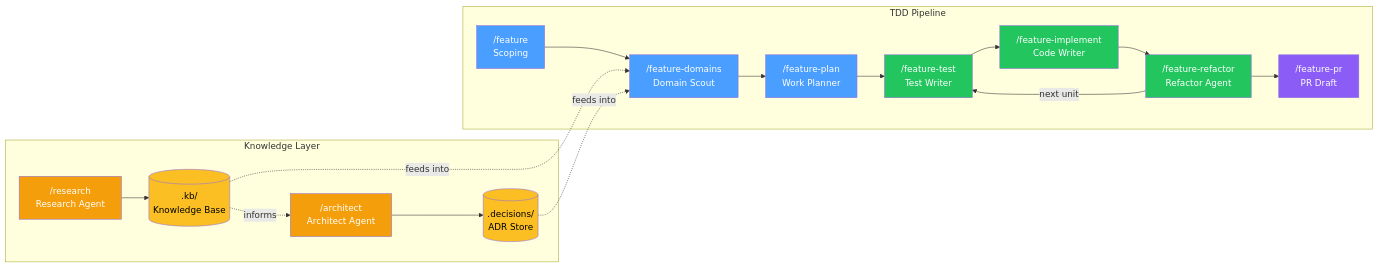
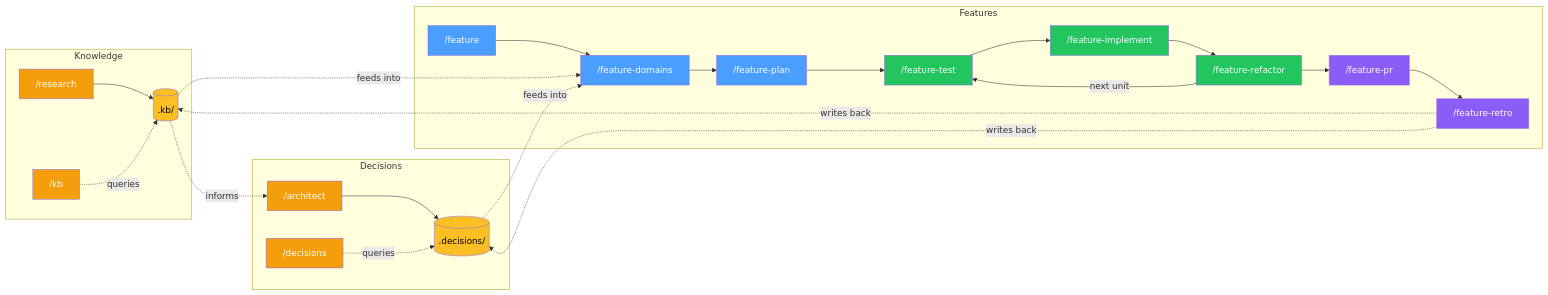
Before and after one commit to telefrek/vallorcine: the diagram in README.md, drawn with Mermaid. The commit also changed other lines of this file and 14 other files, not shown here.

First line of the commit message:
feat: four-concern architecture model + /quick → /feature-quick rename

````diff
--- a/README.md
+++ b/README.md
@@ -16,32 +22,44 @@
 ```mermaid
 graph LR
-    subgraph TDD Pipeline
-        S["/feature<br>Scoping"] --> D["/feature-domains<br>Domain Scout"]
-        D --> P["/feature-plan<br>Work Planner"]
-        P --> T["/feature-test<br>Test Writer"]
-        T --> I["/feature-implement<br>Code Writer"]
-        I --> R["/feature-refactor<br>Refactor Agent"]
-        R -->|"next unit"| T
-        R --> PR["/feature-pr<br>PR Draft"]
+    subgraph Knowledge
+        RES["/research"] --> KB[(".kb/")]
+        KBQ["/kb"] -.->|"queries"| KB
     end
 
-    subgraph Knowledge Layer
-        RES["/research<br>Research Agent"] --> KB[(".kb/<br>Knowledge Base")]
-        ARC["/architect<br>Architect Agent"] --> DEC[(".decisions/<br>ADR Store")]
-        KB -.->|"feeds into"| D
-        DEC -.->|"feeds into"| D
+    subgraph Decisions
+        ARC["/architect"] --> DEC[(".decisions/")]
+        DECQ["/decisions"] -.->|"queries"| DEC
         KB -.->|"informs"| ARC
     end
+
+    subgraph Features
+        S["/feature"] --> D["/feature-domains"]
+        D --> P["/feature-plan"]
+        P --> T["/feature-test"]
+        T --> I["/feature-implement"]
+        I --> R["/feature-refactor"]
+        R -->|"next unit"| T
+        R --> PR["/feature-pr"]
+        PR --> RET["/feature-retro"]
+    end
+
+    KB -.->|"feeds into"| D
+    DEC -.->|"feeds into"| D
+    RET -.->|"writes back"| KB
+    RET -.->|"writes back"| DEC
 
     style S fill:#4a9eff,color:#fff
     style D fill:#4a9eff,color:#fff
     style P fill:#4a9eff,color:#fff
     style T fill:#22c55e,color:#fff
     style I fill:#22c55e,color:#fff
     style R fill:#22c55e,color:#fff
     style PR fill:#8b5cf6,color:#fff
+    style RET fill:#8b5cf6,color:#fff
     style RES fill:#f59e0b,color:#fff
     style ARC fill:#f59e0b,color:#fff
     style KB fill:#fbbf24,color:#000
     style DEC fill:#fbbf24,color:#000
+    style KBQ fill:#f59e0b,color:#fff
+    style DECQ fill:#f59e0b,color:#fff
 ```
````
